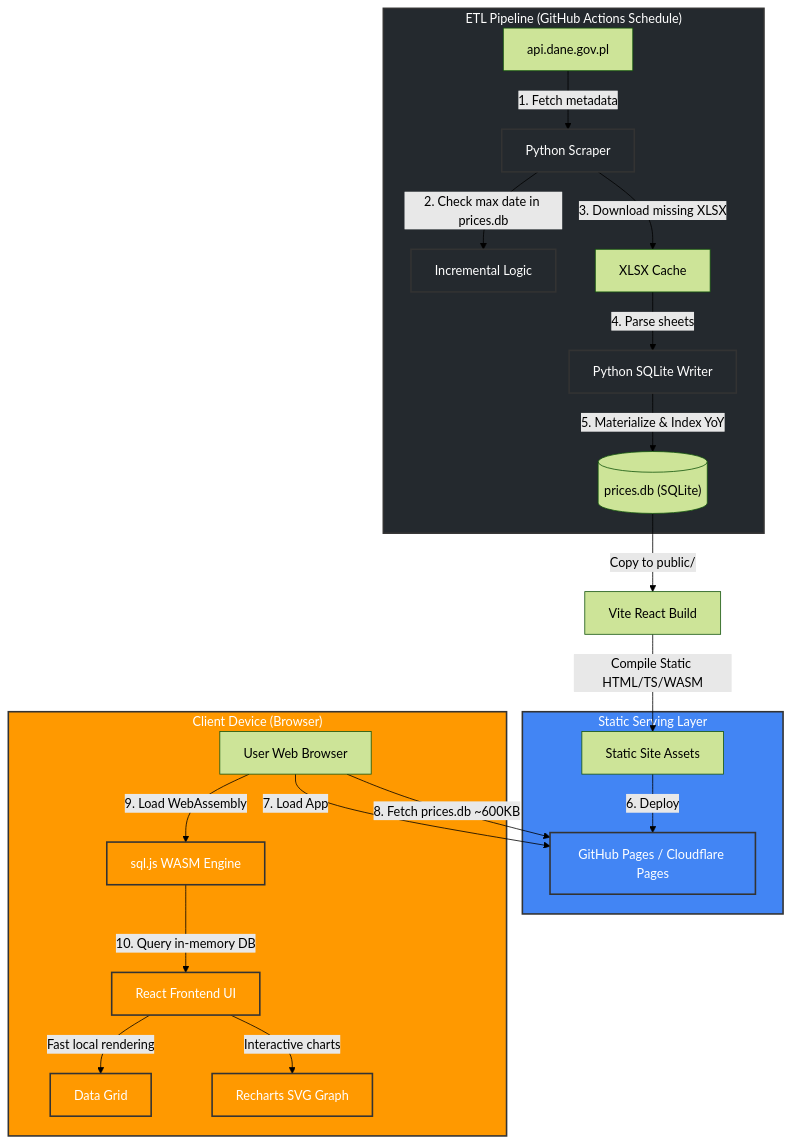
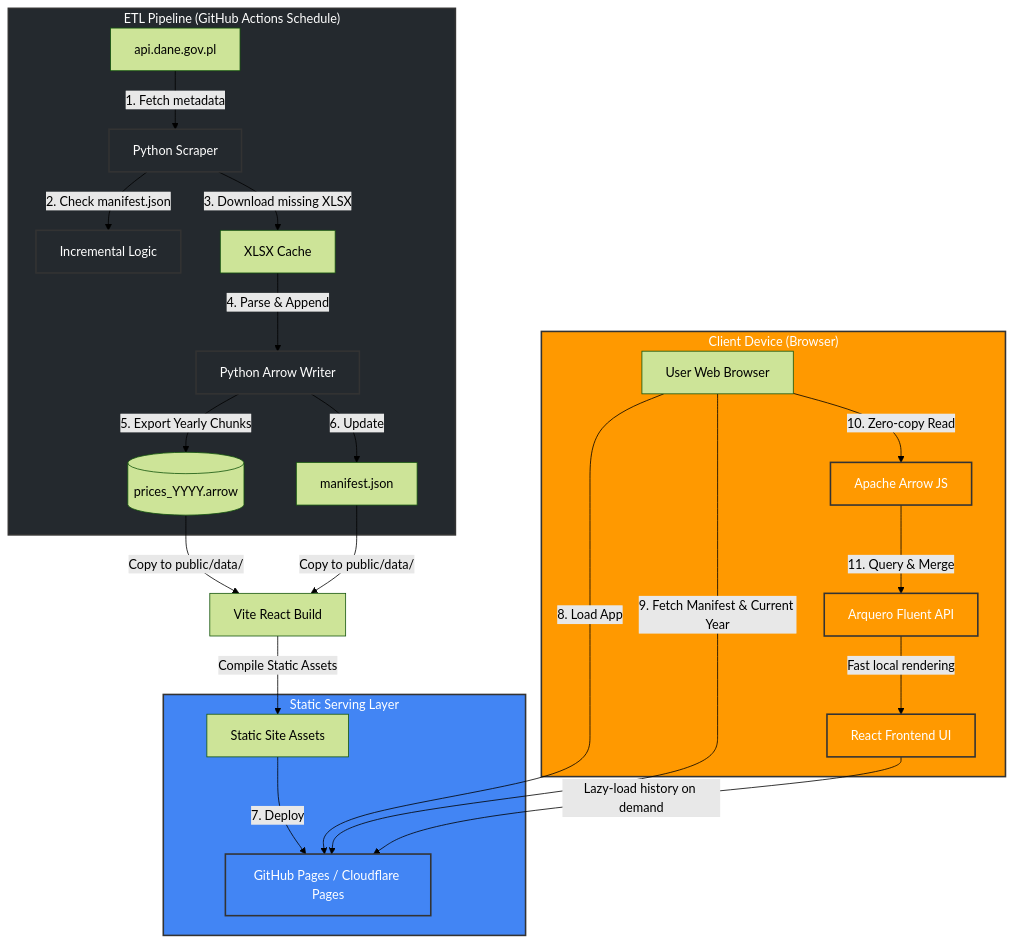
One commit to aczepielik/cropsprices changed the diagram in NewArchitecture.md. Above: the diagram before and after it, drawn with Mermaid (forest theme). The commit also changed other lines of this file and 1 other file, not shown here.

First line of the commit message:
docs: pivot architecture to Partitioned Apache Arrow

````diff
--- a/NewArchitecture.md
+++ b/NewArchitecture.md
@@ -11,37 +11,38 @@
 ```mermaid
 graph TD
     %% Scraper/ETL Pipeline (CI/CD)
     subgraph ETL ["ETL Pipeline (GitHub Actions Schedule)"]
         API[api.dane.gov.pl] -->|1. Fetch metadata| Python[Python Scraper]
-        Python -->|2. Check max date in prices.db| DBCheck[Incremental Logic]
+        Python -->|2. Check manifest.json| DBCheck[Incremental Logic]
         Python -->|3. Download missing XLSX| Cache[XLSX Cache]
-        Cache -->|4. Parse sheets| DBBuilder[Python SQLite Writer]
-        DBBuilder -->|5. Materialize & Index YoY| SQLiteFile[("prices.db (SQLite)")]
+        Cache -->|4. Parse & Append| DBBuilder[Python Arrow Writer]
+        DBBuilder -->|5. Export Yearly Chunks| ArrowFiles[("prices_YYYY.arrow")]
+        DBBuilder -->|6. Update| Manifest["manifest.json"]
     end
 
     %% Build & Deploy
-    SQLiteFile -->|Copy to public/| ReactBuild[Vite React Build]
-    ReactBuild -->|Compile Static HTML/TS/WASM| StaticAssets[Static Site Assets]
+    ArrowFiles & Manifest -->|Copy to public/data/| ReactBuild[Vite React Build]
+    ReactBuild -->|Compile Static Assets| StaticAssets[Static Site Assets]
 
     %% Serving Layer
     subgraph Hosting ["Static Serving Layer"]
-        StaticAssets -->|6. Deploy| CDN[GitHub Pages / Cloudflare Pages]
+        StaticAssets -->|7. Deploy| CDN[GitHub Pages / Cloudflare Pages]
     end
 
     %% Client Browser
     subgraph Client ["Client Device (Browser)"]
-        Browser[User Web Browser] -->|7. Load App| CDN
-        Browser -->|8. Fetch prices.db ~600KB| CDN
-        Browser -->|9. Load WebAssembly| SQLjs[sql.js WASM Engine]
-        SQLjs -->|10. Query in-memory DB| ReactUI[React Frontend UI]
-        ReactUI -->|Fast local rendering| Table[Data Grid]
-        ReactUI -->|Interactive charts| Recharts[Recharts SVG Graph]
+        Browser[User Web Browser] -->|8. Load App| CDN
+        Browser -->|9. Fetch Manifest & Current Year| CDN
+        Browser -->|10. Zero-copy Read| ArrowJS[Apache Arrow JS]
+        ArrowJS -->|11. Query & Merge| Arquero[Arquero Fluent API]
+        Arquero -->|Fast local rendering| ReactUI[React Frontend UI]
+        ReactUI -->|Lazy-load history on demand| CDN
     end
 
     classDef actions fill:#24292e,stroke:#333,stroke-width:2px,color:#fff;
     classDef client fill:#FF9900,stroke:#333,stroke-width:2px,color:#fff;
     classDef static fill:#4285F4,stroke:#333,stroke-width:2px,color:#fff;
     class ETL,Python,DBCheck,DBBuilder actions;
-    class Client,SQLjs,ReactUI,Table,Recharts client;
+    class Client,ArrowJS,Arquero,ReactUI client;
     class Hosting,CDN static;
 ```
````
